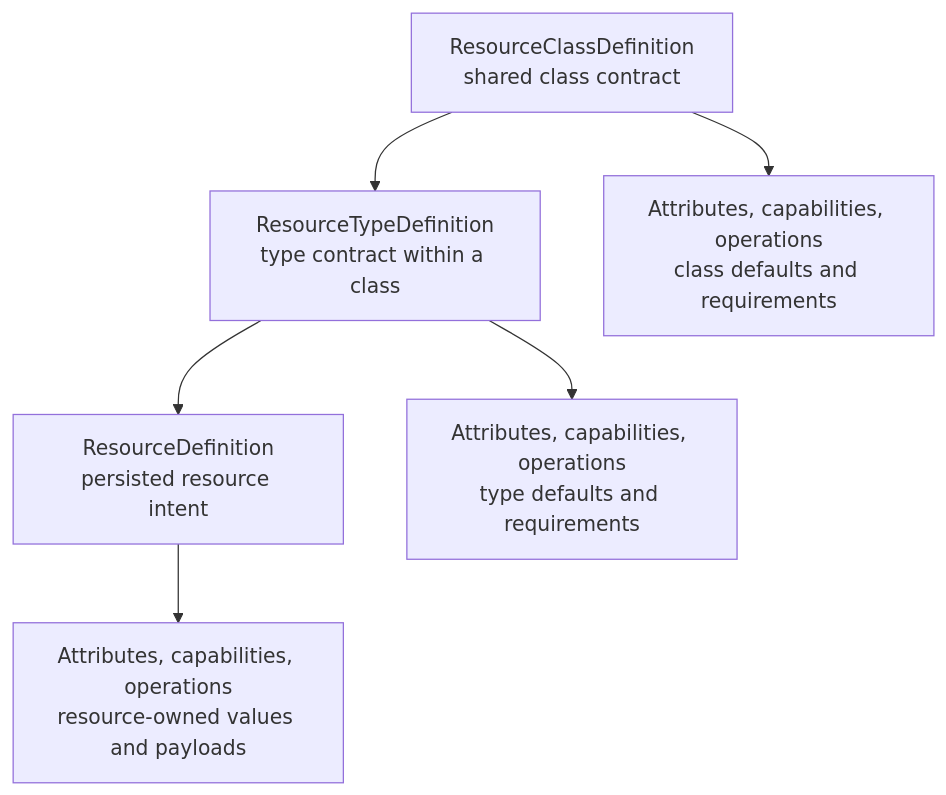
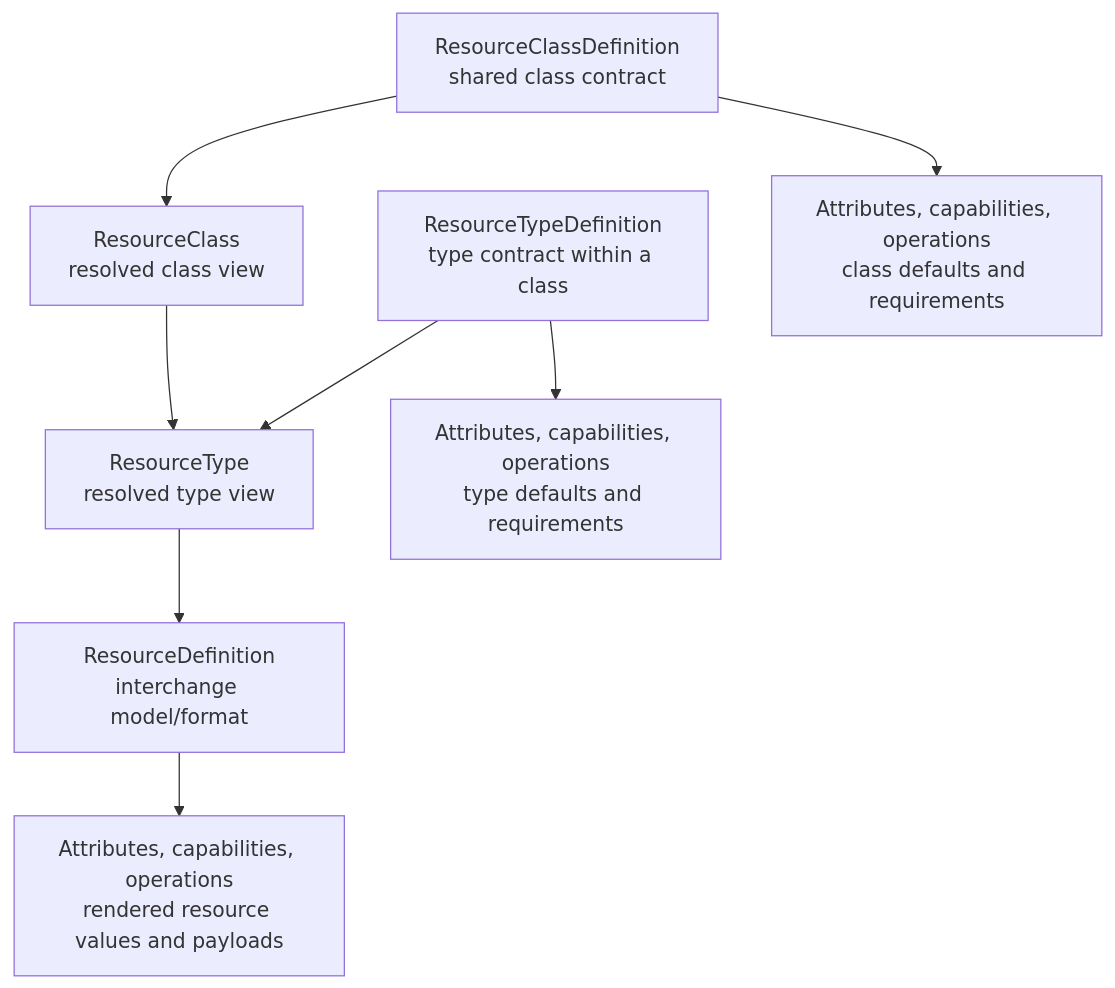
One commit to marinasundstrom/CloudShell changed the first of 4 diagrams in docs/proposals/core/resource-definitions-and-capability-providers.md. Above: the diagram before and after it, drawn with Mermaid. The commit also changed other lines of this file, not shown here.

Commit message:
Clarify resource projection model

````diff
--- a/docs/proposals/core/resource-definitions-and-capability-providers.md
+++ b/docs/proposals/core/resource-definitions-and-capability-providers.md
@@ -502,17 +593,20 @@
 ```mermaid
 flowchart TD
     resourceClassDefinition["ResourceClassDefinition<br/>shared class contract"]
     typeDef["ResourceTypeDefinition<br/>type contract within a class"]
-    resourceDef["ResourceDefinition<br/>persisted resource intent"]
+    resourceClass["ResourceClass<br/>resolved class view"]
+    resourceType["ResourceType<br/>resolved type view"]
+    resourceDef["ResourceDefinition<br/>interchange model/format"]
 
     classValues["Attributes, capabilities, operations<br/>class defaults and requirements"]
     typeValues["Attributes, capabilities, operations<br/>type defaults and requirements"]
-    resourceValues["Attributes, capabilities, operations<br/>resource-owned values and payloads"]
+    resourceValues["Attributes, capabilities, operations<br/>rendered resource values and payloads"]
 
-    resourceClassDefinition --> typeDef
-    typeDef --> resourceDef
+    resourceClassDefinition --> resourceClass --> resourceType
+    typeDef --> resourceType
+    resourceType --> resourceDef
 
     resourceClassDefinition --> classValues
     typeDef --> typeValues
     resourceDef --> resourceValues
 ```
````
